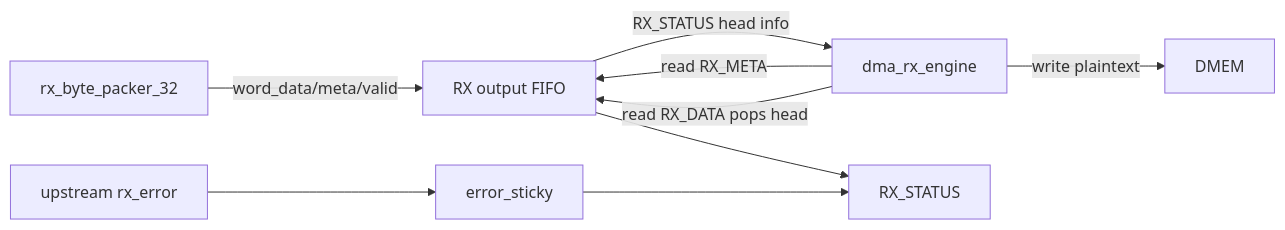
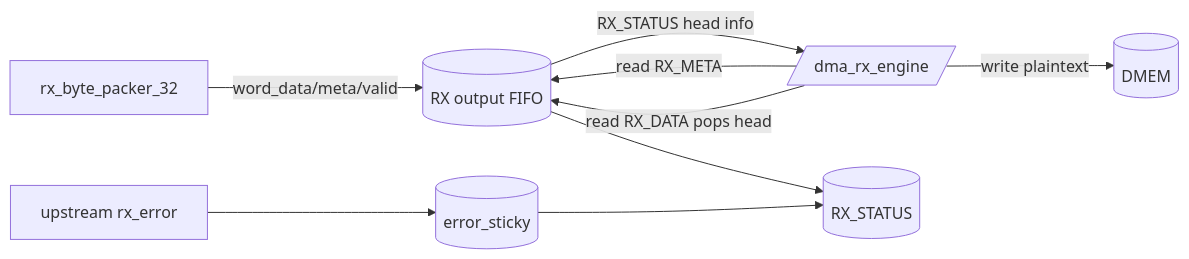
Before and after one commit to ngoquocan139/AES_huffman_all6: the diagram in docs/apb_huffman_rx_if_spec.md, drawn with Mermaid. The commit also changed 28 other files, not shown here.

````diff
--- a/docs/apb_huffman_rx_if_spec.md
+++ b/docs/apb_huffman_rx_if_spec.md
@@ -26,11 +26,11 @@
 ```mermaid
 flowchart LR
-  PK["rx_byte_packer_32"] -->|"word_data/meta/valid"| FIFO["RX output FIFO"]
-  FIFO -->|"RX_STATUS head info"| DMA["dma_rx_engine"]
+  PK["rx_byte_packer_32"] -->|"word_data/meta/valid"| FIFO[("RX output FIFO")]
+  FIFO -->|"RX_STATUS head info"| DMA[/"dma_rx_engine"/]
   DMA -->|"read RX_META"| FIFO
   DMA -->|"read RX_DATA pops head"| FIFO
-  DMA -->|"write plaintext"| DMEM["DMEM"]
-  ERR["upstream rx_error"] --> STICKY["error_sticky"]
-  FIFO --> STATUS["RX_STATUS"]
+  DMA -->|"write plaintext"| DMEM[("DMEM")]
+  ERR["upstream rx_error"] --> STICKY[("error_sticky")]
+  FIFO --> STATUS[("RX_STATUS")]
   STICKY --> STATUS
 ```
````
